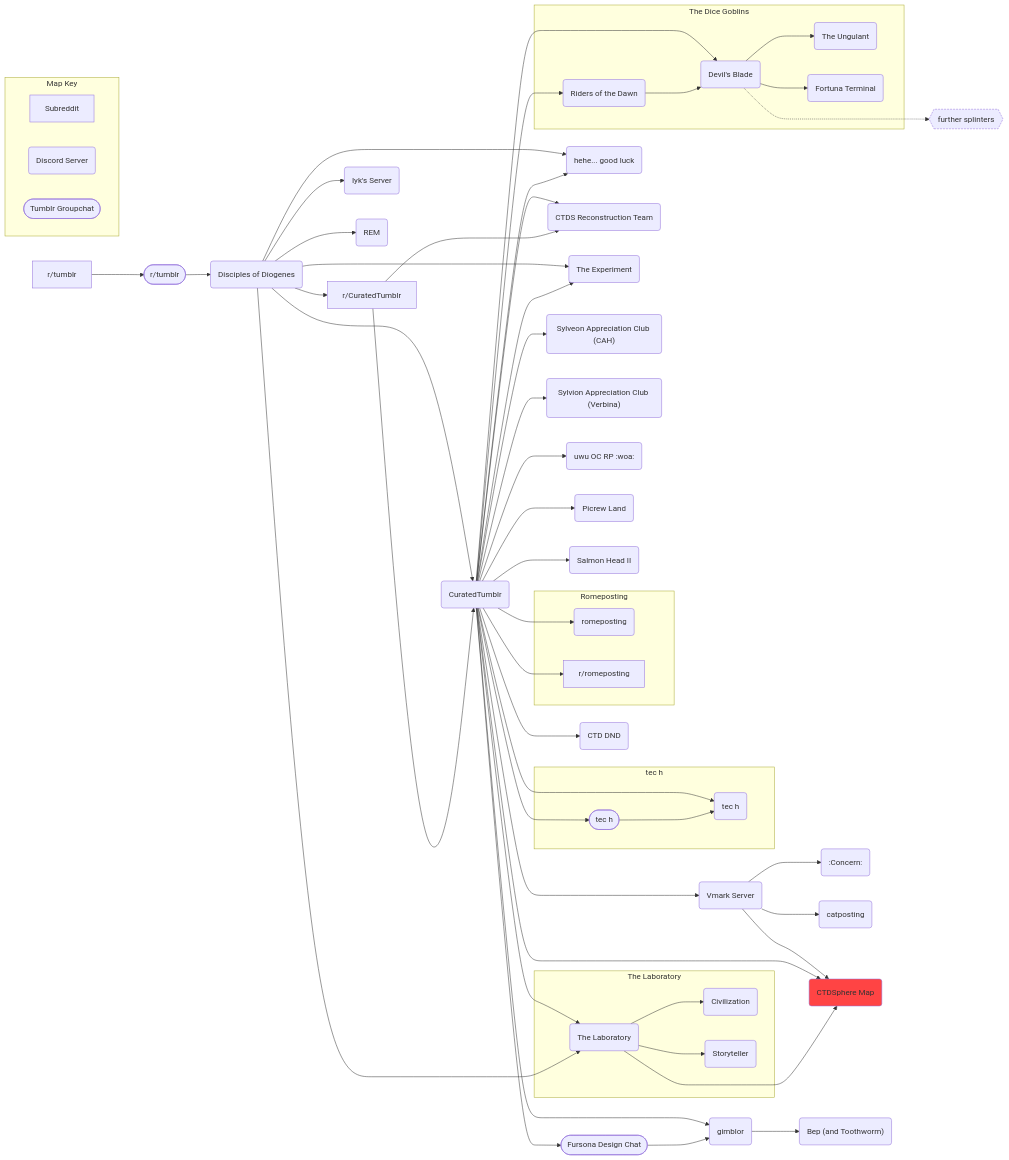
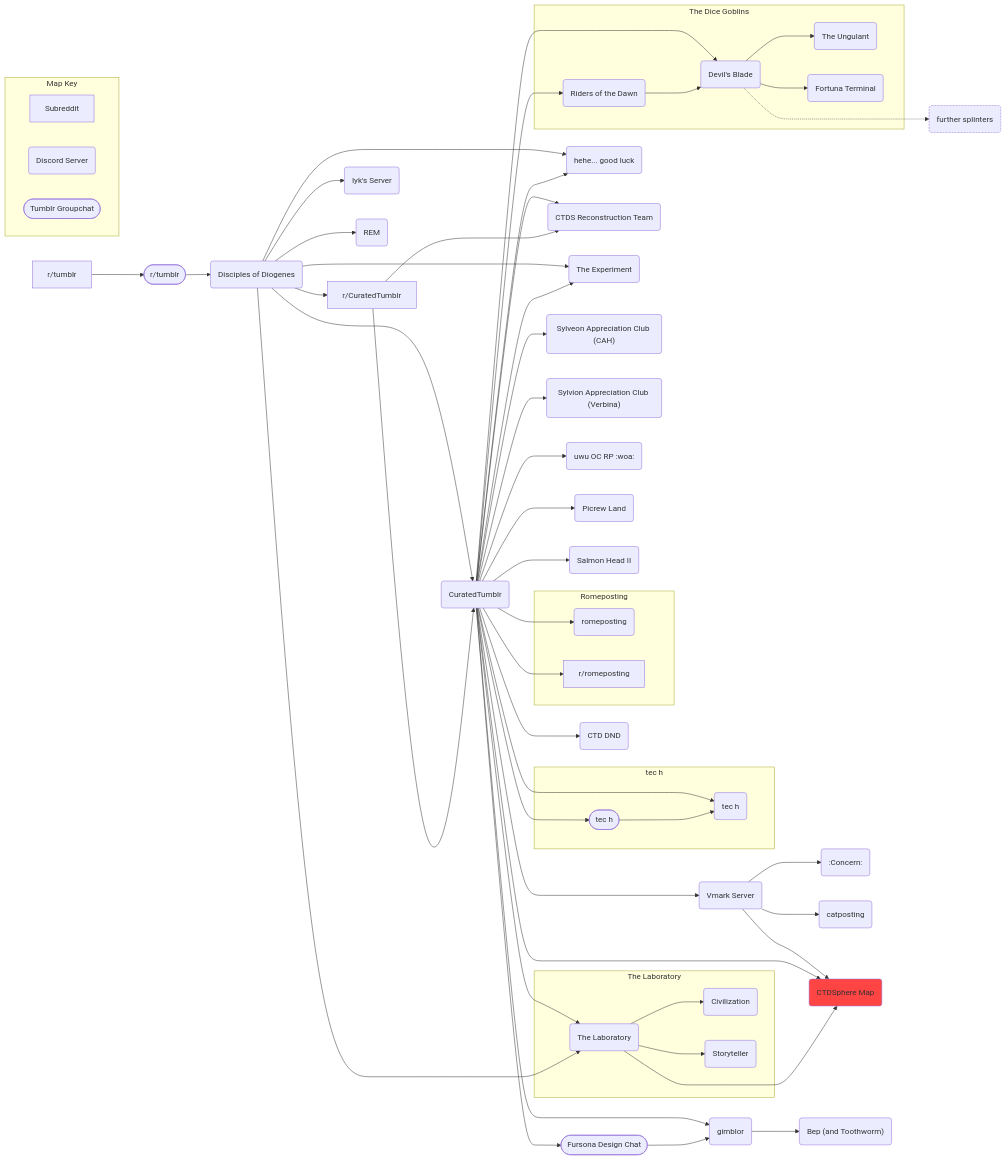
Before and after one commit to AnGenericAccount/CTDSphere-Map: the diagram in Map.md, drawn with Mermaid.

````diff
--- a/Map.md
+++ b/Map.md
@@ -1,65 +1,65 @@
 ```mermaid
 flowchart LR
     tumblr[r/tumblr] --> groupchat([r/tumblr])
     groupchat --> DoD(Disciples of Diogenes)
     DoD --> subreddit[r/CuratedTumblr]
     DoD --> CTDS(CuratedTumblr)
     subreddit --> CTDS
     DoD --> Iyk(Iyk's Server)
     DoD --> REM(REM)
     DoD --> luck(hehe... good luck)
     CTDS --> luck
     CTDS --> reconstruction(CTDS Reconstruction Team)
     subreddit --> reconstruction
     CTDS --> lab(The Laboratory)
     DoD --> lab
     subgraph Laboratory [The Laboratory]
         lab --> Civilization(Civilization)
         lab --> Storyteller(Storyteller)
     end
     DoD --> Experiment(The Experiment)
     CTDS --> Experiment
     CTDS --> CAH("Sylveon Appreciation Club (CAH)")
     CTDS --> Verbina("Sylvion Appreciation Club (Verbina)")
     CTDS --> tech(tec h)
     CTDS --> techchat([tec h])
     subgraph tec[tec h]
         techchat --> tech
     end
     CTDS --> RP(uwu OC RP :woa:)
     CTDS --> picrew(Picrew Land)
     CTDS --> salmon(Salmon Head II)
     CTDS --> Vmark(Vmark Server)
     Vmark --> concern(:Concern:)
     Vmark --> catposting(catposting)
     Vmark --> sphere("CTDSphere Map")
     style sphere fill:#f44
     CTDS --> sphere
     lab ---> sphere
     CTDS --> gimblor(gimblor)
     CTDS --> fursona([Fursona Design Chat])
     fursona --> gimblor
     gimblor --> bep("Bep (and Toothworm)")
     subgraph Romeposting
         rome(romeposting)
         romesub[r/romeposting]
     end
     CTDS --> rome
     CTDS --> romesub
     CTDS --> DND(CTD DND)
     CTDS --> dawn(Riders of the Dawn)
     CTDS --> blade(Devil's Blade)
     subgraph riders[The Dice Goblins]
         dawn --> blade
         blade --> ungulant(The Ungulant)
         blade --> terminal(Fortuna Terminal)   
     end
-    blade -..-> further{{further splinters}}
+    blade -..-> further(further splinters)
     style further stroke-dasharray:4 2
     subgraph Key [Map Key]
         direction LR
         sub[Subreddit]
         discord(Discord Server)
         chat([Tumblr Groupchat])
     end
 ```
````
